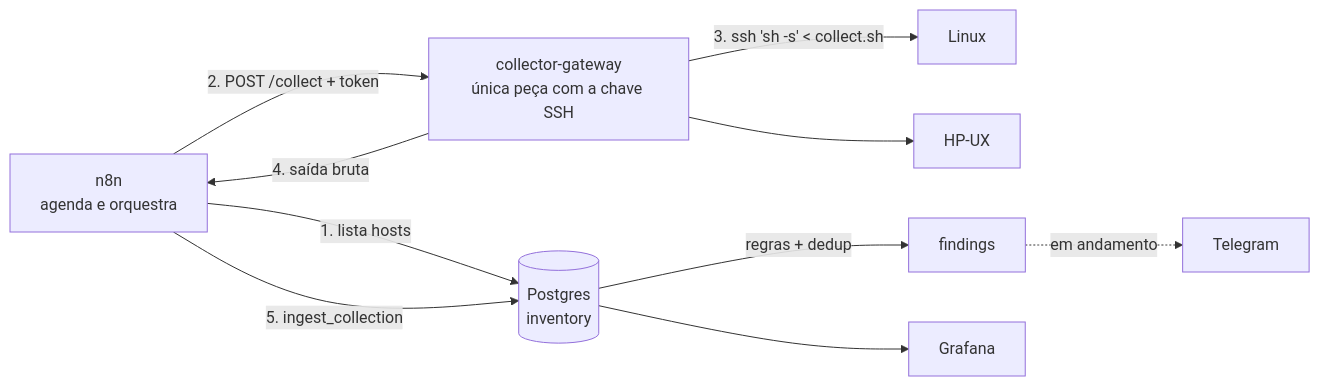
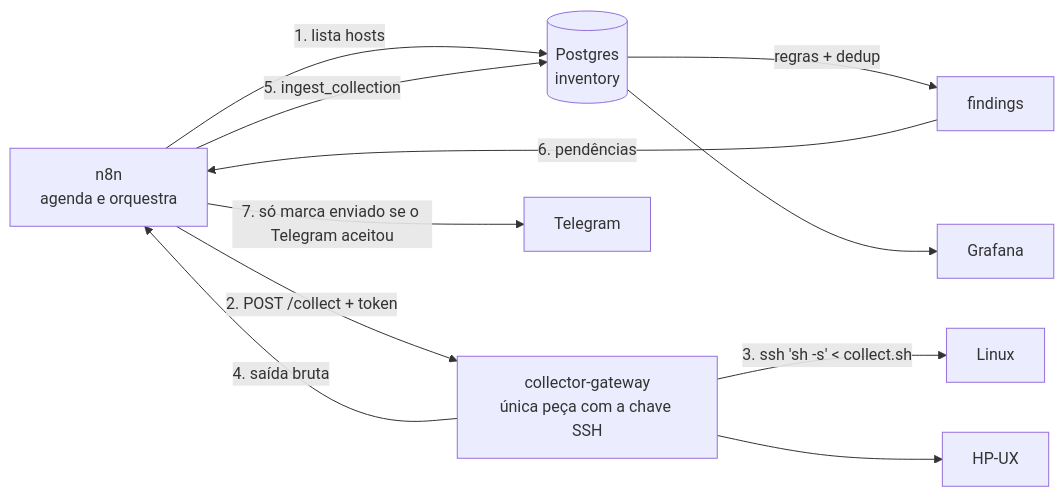
The diagram in README.md (aguinaldomneto/agentless-fleet-audit), drawn with Mermaid before and after one commit. The commit also changed other lines of this file and 7 other files, not shown here.

````diff
--- a/README.md
+++ b/README.md
@@ -18,12 +18,13 @@
 ```mermaid
 flowchart LR
     N[n8n<br/>agenda e orquestra] -->|1. lista hosts| DB[(Postgres<br/>inventory)]
     N -->|2. POST /collect + token| GW[collector-gateway<br/>única peça com a chave SSH]
     GW -->|3. ssh 'sh -s' < collect.sh| T1[Linux]
     GW --> T2[HP-UX]
     GW -->|4. saída bruta| N
     N -->|5. ingest_collection| DB
     DB -->|regras + dedup| F[findings]
-    F -.->|em andamento| A[Telegram]
+    F -->|6. pendências| N
+    N -->|7. só marca enviado se o Telegram aceitou| A[Telegram]
     DB --> G[Grafana]
 ```
````
